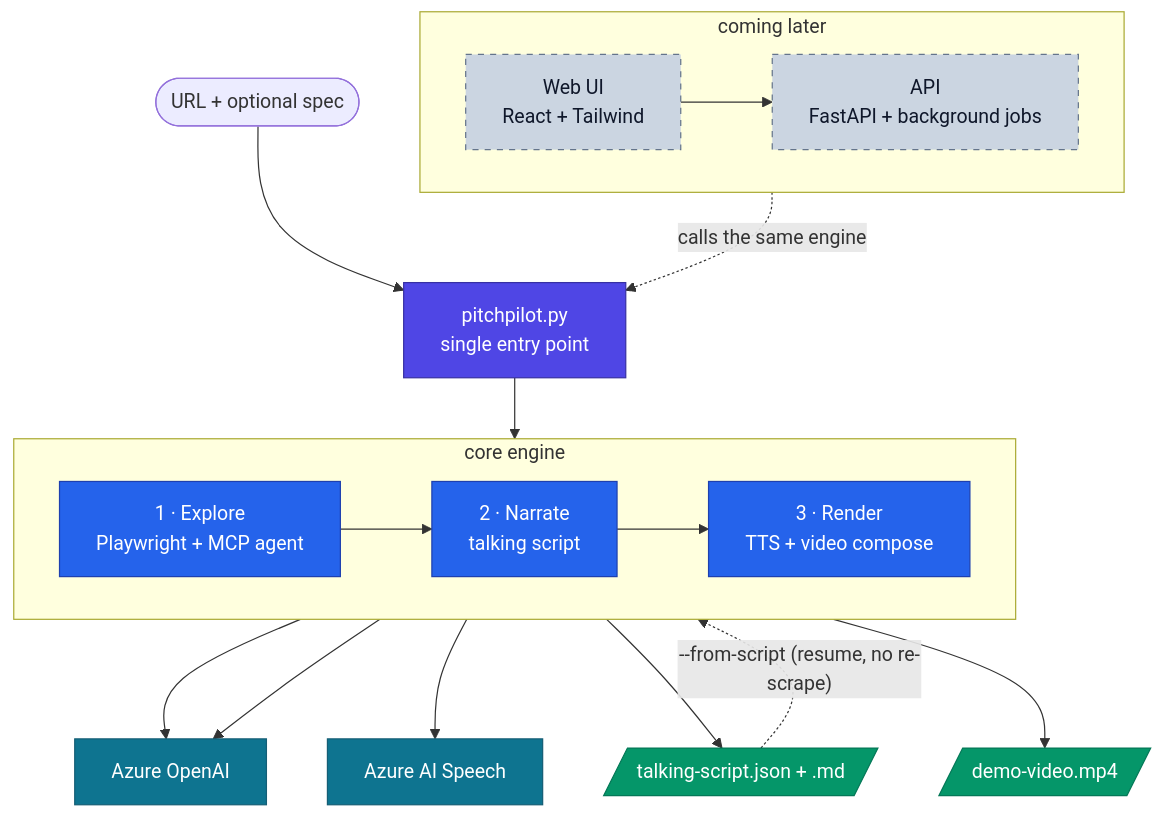
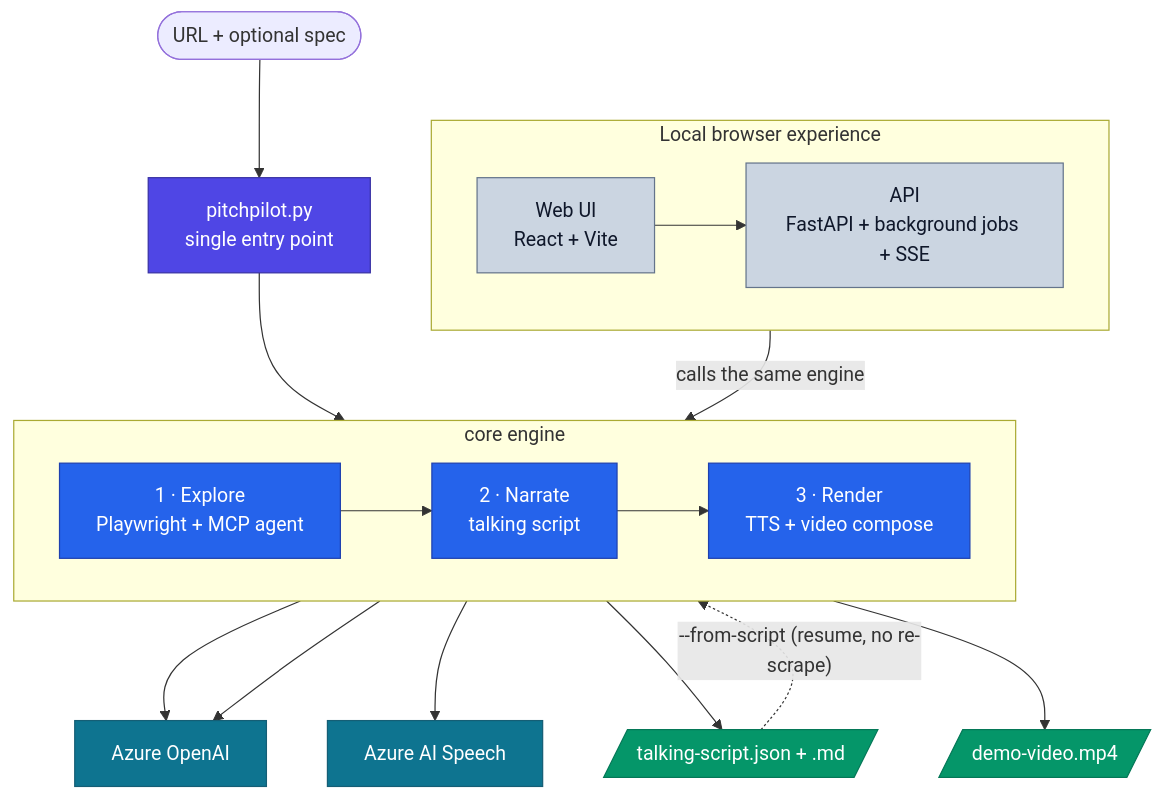
One commit to bhushang19/PitchPilot changed the diagram in README.md. Above: the diagram before and after it, drawn with Mermaid. The commit also changed other lines of this file and 7 other files, not shown here.

````diff
--- a/README.md
+++ b/README.md
@@ -59,35 +59,35 @@
 ```mermaid
 flowchart TD
     USER(["URL + optional spec"]) --> ENTRY["pitchpilot.py<br/>single entry point"]
 
     subgraph CORE["core engine"]
         direction LR
         S1["1 · Explore<br/>Playwright + MCP agent"] --> S2["2 · Narrate<br/>talking script"] --> S3["3 · Render<br/>TTS + video compose"]
     end
 
     ENTRY --> S1
     S1 & S2 --> AOAI["Azure OpenAI"]
     S3 --> SPEECH["Azure AI Speech"]
 
     S2 --> TRANSCRIPT[/"talking-script.json + .md"/]
     S3 --> VIDEO[/"demo-video.mp4"/]
     TRANSCRIPT -. "--from-script (resume, no re-scrape)" .-> S3
 
-    subgraph LATER["coming later"]
+    subgraph EXPERIENCE["Local browser experience"]
         direction LR
-        WEB["Web UI<br/>React + Tailwind"] --> API["API<br/>FastAPI + background jobs"]
+      WEB["Web UI<br/>React + Vite"] --> API["API<br/>FastAPI + background jobs + SSE"]
     end
-    API -. "calls the same engine" .-> ENTRY
+    API -->|"calls the same engine"| S1
 
     classDef entry fill:#4f46e5,stroke:#3730a3,color:#ffffff;
     classDef stage fill:#2563eb,stroke:#1e40af,color:#ffffff;
     classDef azure fill:#0e7490,stroke:#155e75,color:#ffffff;
     classDef output fill:#059669,stroke:#047857,color:#ffffff;
-    classDef later fill:#cbd5e1,stroke:#64748b,color:#0f172a,stroke-dasharray: 5 5;
+    classDef experience fill:#cbd5e1,stroke:#64748b,color:#0f172a;
 
     class ENTRY entry;
     class S1,S2,S3 stage;
     class AOAI,SPEECH azure;
     class TRANSCRIPT,VIDEO output;
-    class WEB,API later;
+    class WEB,API experience;
 ```
````
